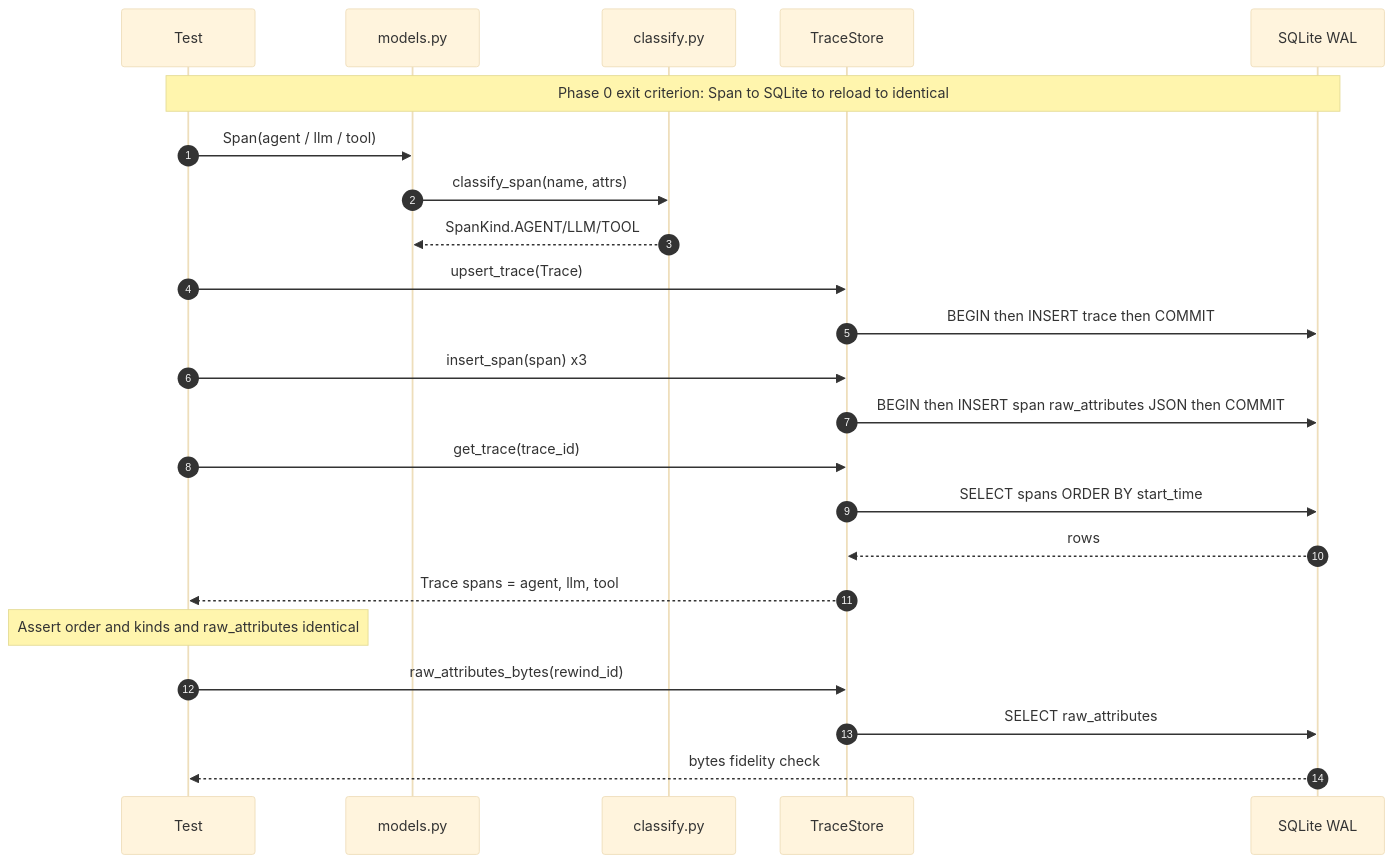
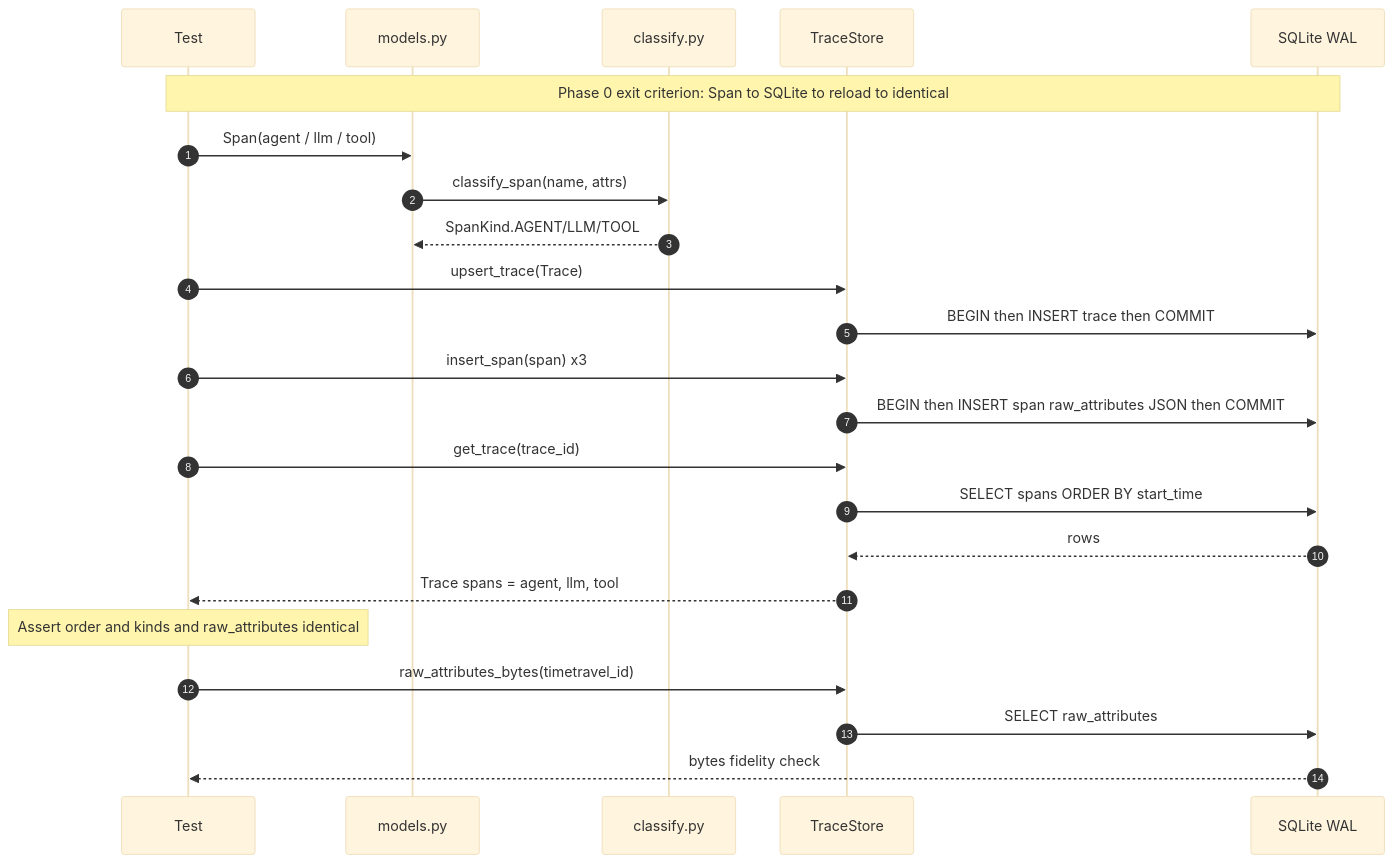
One commit to akshay-mp/Rewind changed the third of 4 diagrams in docs/phases/phase-0.md. Above: the diagram before and after it, drawn with Mermaid (base theme). The commit also changed other lines of this file and 244 other files, not shown here.

````diff
--- a/docs/phases/phase-0.md
+++ b/docs/phases/phase-0.md
@@ -152,29 +152,29 @@
 ```mermaid
 sequenceDiagram
     autonumber
     participant T as Test
     participant M as models.py
     participant C as classify.py
     participant S as TraceStore
     participant DB as SQLite WAL
 
     Note over T,DB: Phase 0 exit criterion: Span to SQLite to reload to identical
 
     T->>M: Span(agent / llm / tool)
     M->>C: classify_span(name, attrs)
     C-->>M: SpanKind.AGENT/LLM/TOOL
     T->>S: upsert_trace(Trace)
     S->>DB: BEGIN then INSERT trace then COMMIT
     T->>S: insert_span(span) x3
     S->>DB: BEGIN then INSERT span raw_attributes JSON then COMMIT
     T->>S: get_trace(trace_id)
     S->>DB: SELECT spans ORDER BY start_time
     DB-->>S: rows
     S-->>T: Trace spans = agent, llm, tool
 
     Note over T: Assert order and kinds and raw_attributes identical
 
-    T->>S: raw_attributes_bytes(rewind_id)
+    T->>S: raw_attributes_bytes(timetravel_id)
     S->>DB: SELECT raw_attributes
     DB-->>T: bytes fidelity check
 ```
````
